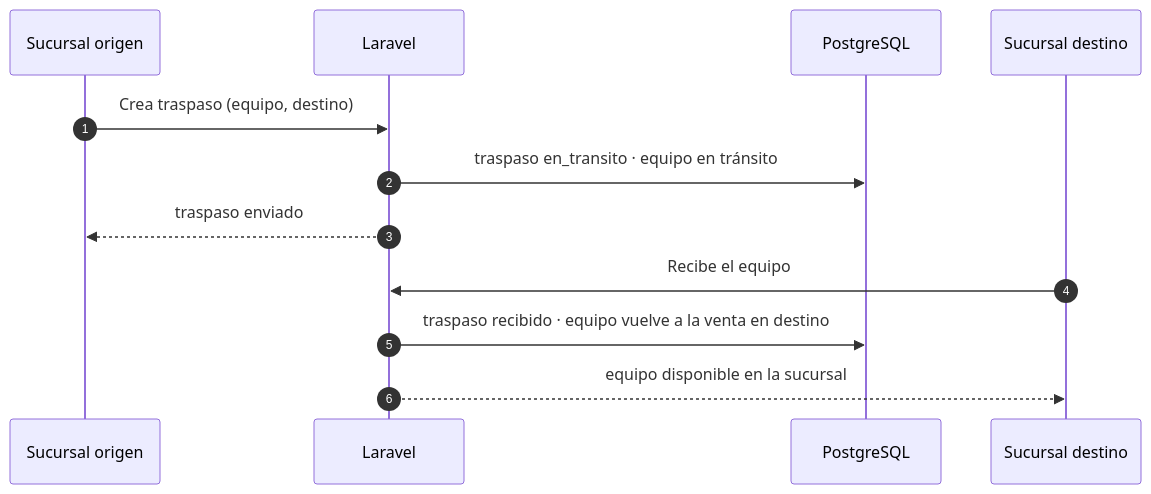
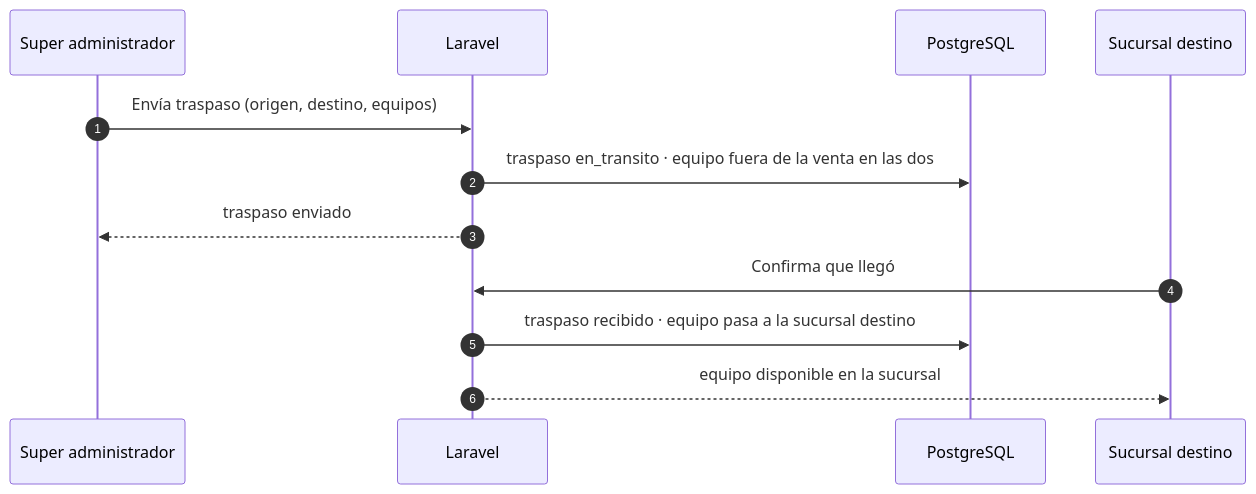
One commit to santiagoAbasto/Sistema-Backphone changed the second of 4 diagrams in README.md. Above: the diagram before and after it, drawn with Mermaid. The commit also changed other lines of this file, not shown here.

Commit message:
docs: corrige el README para que cuadre con el código
- Traspaso: lo envía el super administrador (no la sucursal origen) y lo
  cancela la sucursal origen; el equipo queda fuera de la venta en las dos.
- Estado y pendientes: sin último commit fijo, remite a git log.
- Modelo de datos: la columna de sucursales es prefijo, no codigo.

````diff
--- a/README.md
+++ b/README.md
@@ -108,14 +108,14 @@
 ```mermaid
 sequenceDiagram
     autonumber
-    participant O as Sucursal origen
+    participant S as Super administrador
     participant L as Laravel
     participant DB as PostgreSQL
     participant D as Sucursal destino
-    O->>L: Crea traspaso (equipo, destino)
-    L->>DB: traspaso en_transito · equipo en tránsito
-    L-->>O: traspaso enviado
-    D->>L: Recibe el equipo
-    L->>DB: traspaso recibido · equipo vuelve a la venta en destino
+    S->>L: Envía traspaso (origen, destino, equipos)
+    L->>DB: traspaso en_transito · equipo fuera de la venta en las dos
+    L-->>S: traspaso enviado
+    D->>L: Confirma que llegó
+    L->>DB: traspaso recibido · equipo pasa a la sucursal destino
     L-->>D: equipo disponible en la sucursal
 ```
````
